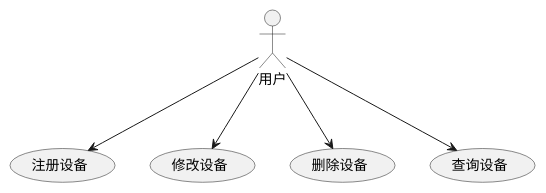
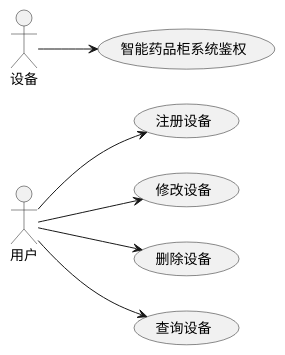
Before and after one commit to Grapedge/smart-medicine-cabinet: the first of 4 diagrams in docs/device.md, drawn with PlantUML.

Commit message:
增加设备鉴权

````diff
--- a/docs/device.md
+++ b/docs/device.md
@@ -11,11 +11,13 @@
 ```plantuml
 @startuml
-
+left to right direction
 actor 用户 as U
+actor 设备 as D
 
 U --> (注册设备)
 U --> (修改设备)
 U --> (删除设备)
 U --> (查询设备)
+D --> (智能药品柜系统鉴权)
 @enduml
 ```
````
